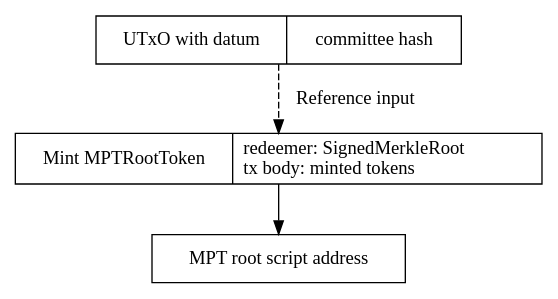
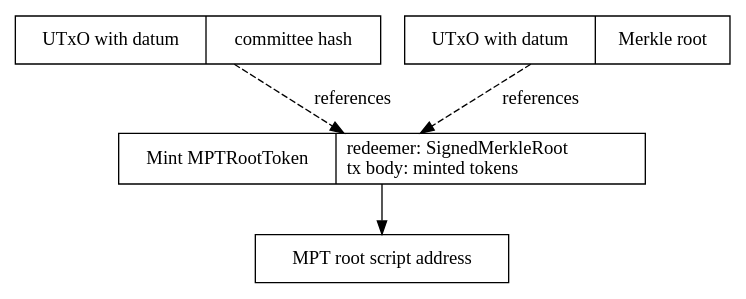
One commit to input-output-hk/partner-chains-smart-contracts changed the diagram in docs/MPTRoot.dot. Above: the diagram before and after it, drawn with Graphviz. The commit also changed 4 other files, not shown here.

Commit message:
spec update: add Merkle-root chaining

```diff
--- a/docs/MPTRoot.dot
+++ b/docs/MPTRoot.dot
@@ -1,23 +1,28 @@
 strict digraph { 
   node [shape=record]
 
 //  atmsVKey [
 //    label = "UTxO with datum | ATMS verification key"
 //    ]
 
   atmsVKey [
     label = "UTxO with datum | committee hash"
     ]
 
+  lastMPTRoot [
+    label = "UTxO with datum | Merkle root"
+    ]
+
   mintToken [label = 
     "Mint MPTRootToken |
       redeemer: SignedMerkleRoot \l
       tx body: minted tokens\l
     "]
 
   mptRootAddr [label = "MPT root script address"]
 
-  atmsVKey -> mintToken [style = dashed, label = "Reference input"] 
+  atmsVKey -> mintToken [style = dashed, label = "references"] 
+  lastMPTRoot -> mintToken [style = dashed, label = "references"] 
   mintToken -> mptRootAddr
 
 }
```
